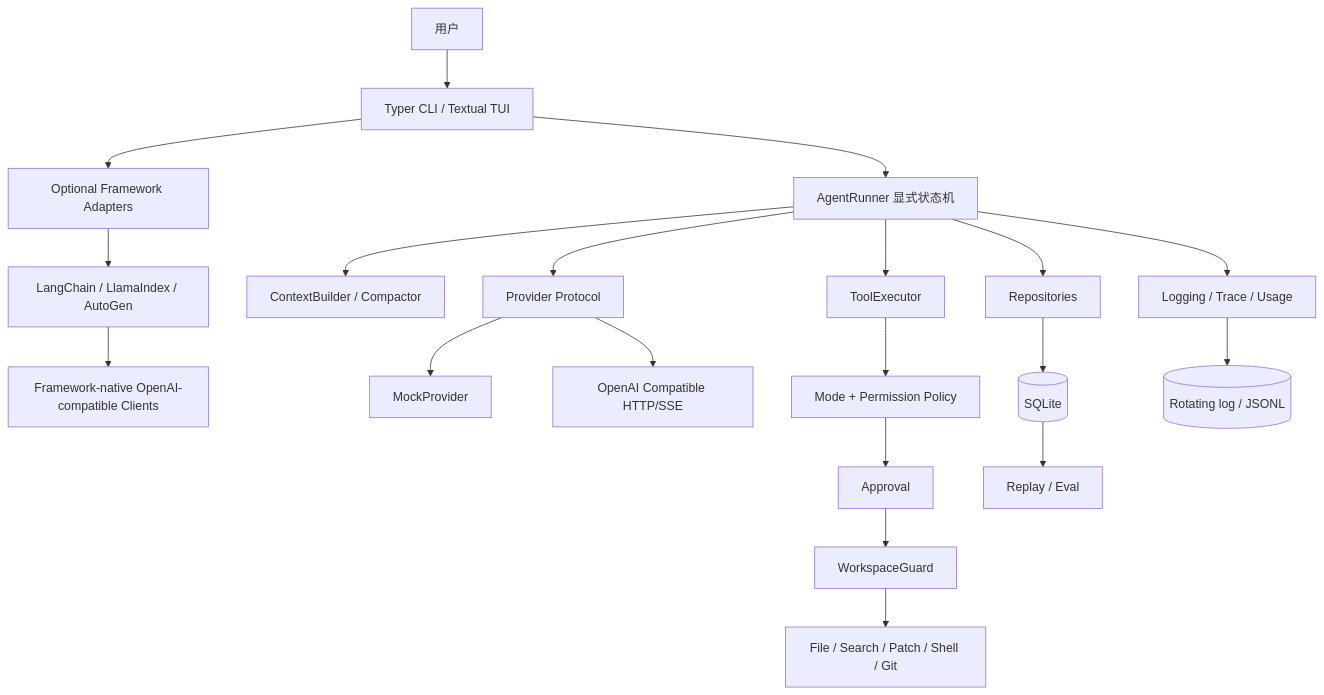
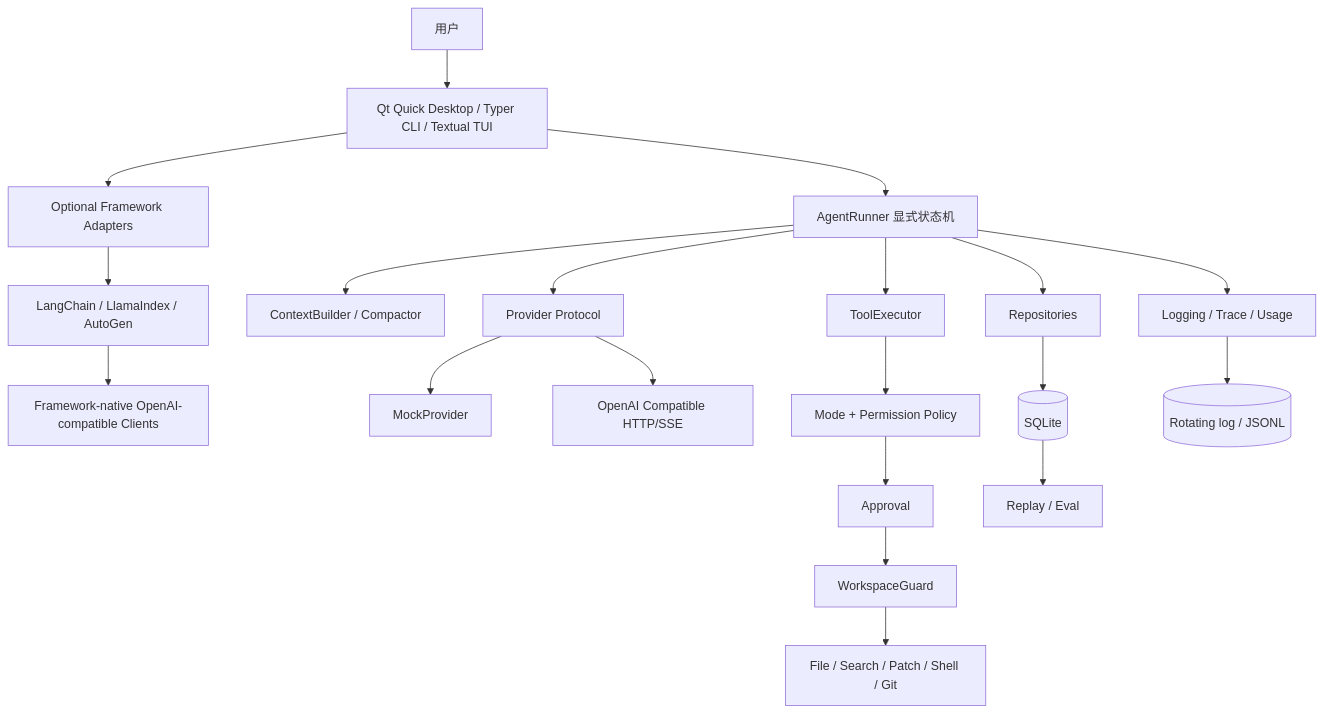
One commit to YfengJ/yf-harness changed the diagram in docs/ARCHITECTURE.md. Above: the diagram before and after it, drawn with Mermaid. The commit also changed other lines of this file and 23 other files, not shown here.

````diff
--- a/docs/ARCHITECTURE.md
+++ b/docs/ARCHITECTURE.md
@@ -5,22 +5,22 @@
 ```mermaid
 flowchart TB
-  U[用户] --> UI[Typer CLI / Textual TUI]
+  U[用户] --> UI[Qt Quick Desktop / Typer CLI / Textual TUI]
   UI --> FI[Optional Framework Adapters]
   FI --> LC[LangChain / LlamaIndex / AutoGen]
   LC --> FC[Framework-native OpenAI-compatible Clients]
   UI --> AR[AgentRunner 显式状态机]
   AR --> CE[ContextBuilder / Compactor]
   AR --> PP[Provider Protocol]
   PP --> MP[MockProvider]
   PP --> OP[OpenAI Compatible HTTP/SSE]
   AR --> TE[ToolExecutor]
   TE --> PO[Mode + Permission Policy]
   PO --> AP[Approval]
   AP --> WG[WorkspaceGuard]
   WG --> TS[File / Search / Patch / Shell / Git]
   AR --> RP[Repositories]
   RP --> DB[(SQLite)]
   AR --> OB[Logging / Trace / Usage]
   OB --> LG[(Rotating log / JSONL)]
   DB --> RE[Replay / Eval]
 ```
````
